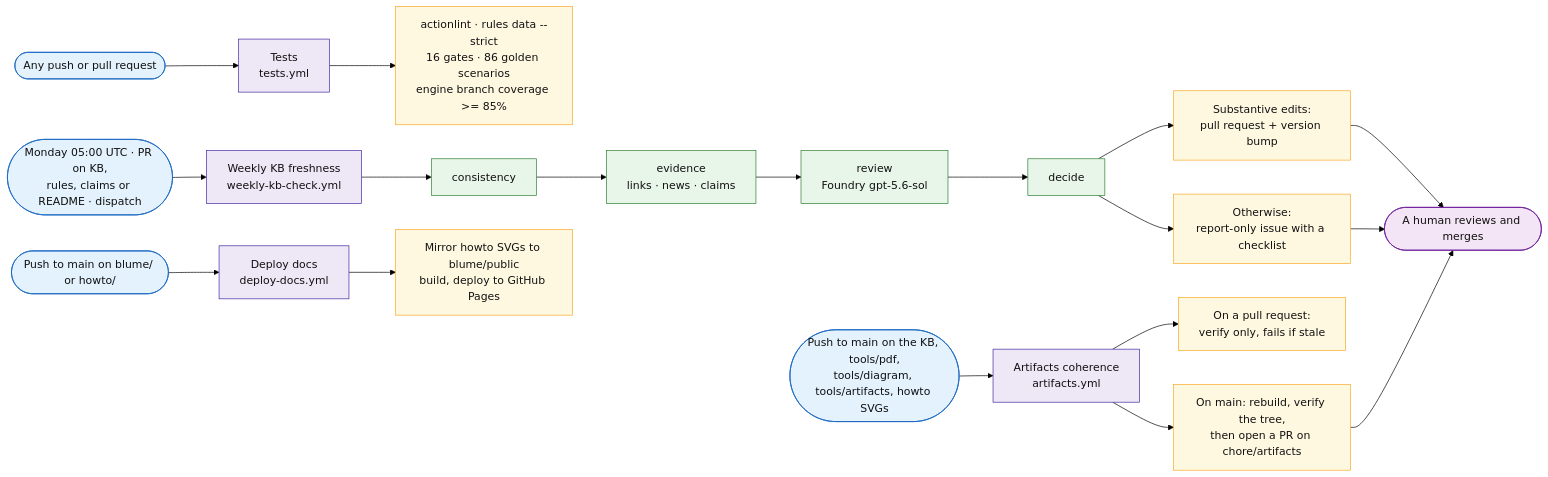
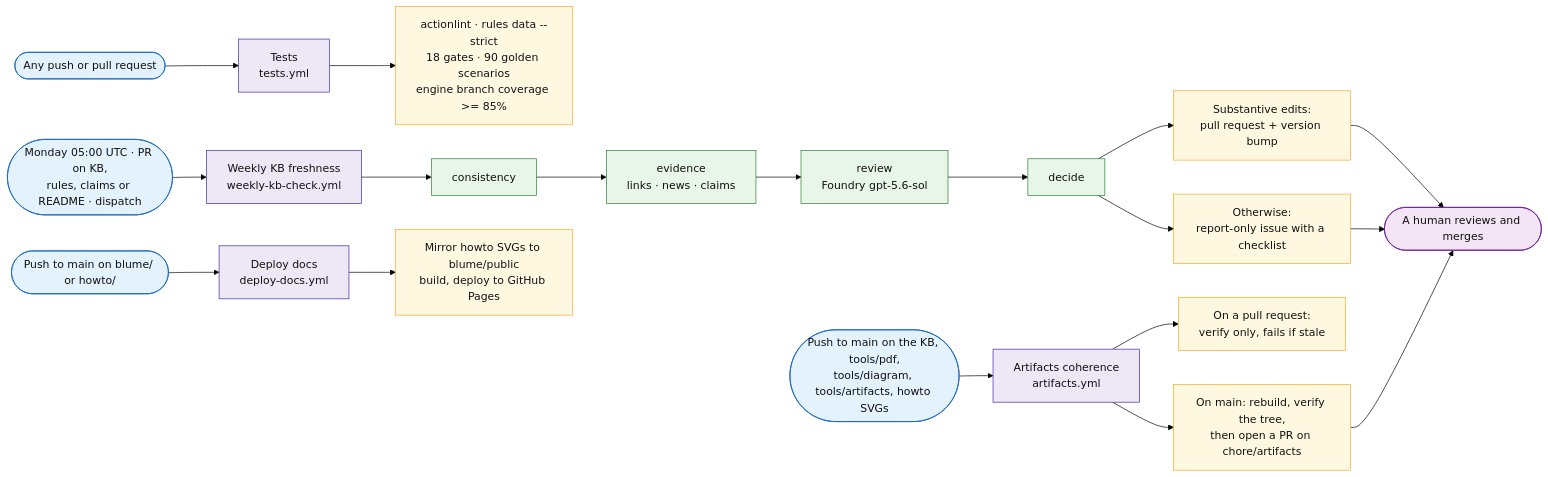
The sixth of 6 diagrams in docs/sql-migration-advisor-developer-pitch.md (fredgis/sql-migration-advisor), drawn with Mermaid (forest theme) before and after one commit. The commit also changed other lines of this file and 21 other files, not shown here.

````diff
--- a/docs/sql-migration-advisor-developer-pitch.md
+++ b/docs/sql-migration-advisor-developer-pitch.md
@@ -916,33 +916,33 @@
 ```mermaid
 flowchart LR
     G1([Any push or pull request]) --> W1[Tests<br/>tests.yml]
     G2([Monday 05:00 UTC · PR on KB,<br/>rules, claims or README · dispatch]) --> W2[Weekly KB freshness<br/>weekly-kb-check.yml]
     G3([Push to main on the KB, tools/pdf,<br/>tools/diagram, tools/artifacts, howto SVGs]) --> W3[Artifacts coherence<br/>artifacts.yml]
     G4([Push to main on blume/ or howto/]) --> W4[Deploy docs<br/>deploy-docs.yml]
 
-    W1 --> O1[actionlint · rules data --strict<br/>16 gates · 86 golden scenarios<br/>engine branch coverage >= 85%]
+    W1 --> O1[actionlint · rules data --strict<br/>18 gates · 90 golden scenarios<br/>engine branch coverage >= 85%]
 
     W2 --> C1[consistency] --> C2[evidence<br/>links · news · claims] --> C3[review<br/>Foundry gpt-5.6-sol] --> C4[decide]
     C4 --> O2a[Substantive edits:<br/>pull request + version bump]
     C4 --> O2b[Otherwise:<br/>report-only issue with a checklist]
 
     W3 --> O3a[On a pull request:<br/>verify only, fails if stale]
     W3 --> O3b[On main: rebuild, verify the tree,<br/>then open a PR on chore/artifacts]
 
     W4 --> O4[Mirror howto SVGs to blume/public<br/>build, deploy to GitHub Pages]
 
     O2a --> H([A human reviews and merges])
     O2b --> H
     O3b --> H
 
     classDef trig fill:#e3f2fd,stroke:#1565c0,color:#111
     classDef flow fill:#ede7f6,stroke:#4527a0,color:#111
     classDef step fill:#e8f5e9,stroke:#2e7d32,color:#111
     classDef out fill:#fff8e1,stroke:#f9a825,color:#111
     classDef human fill:#f3e5f5,stroke:#6a1b9a,color:#111
     class G1,G2,G3,G4 trig
     class W1,W2,W3,W4 flow
     class C1,C2,C3,C4 step
     class O1,O2a,O2b,O3a,O3b,O4 out
     class H human
 ```
````
